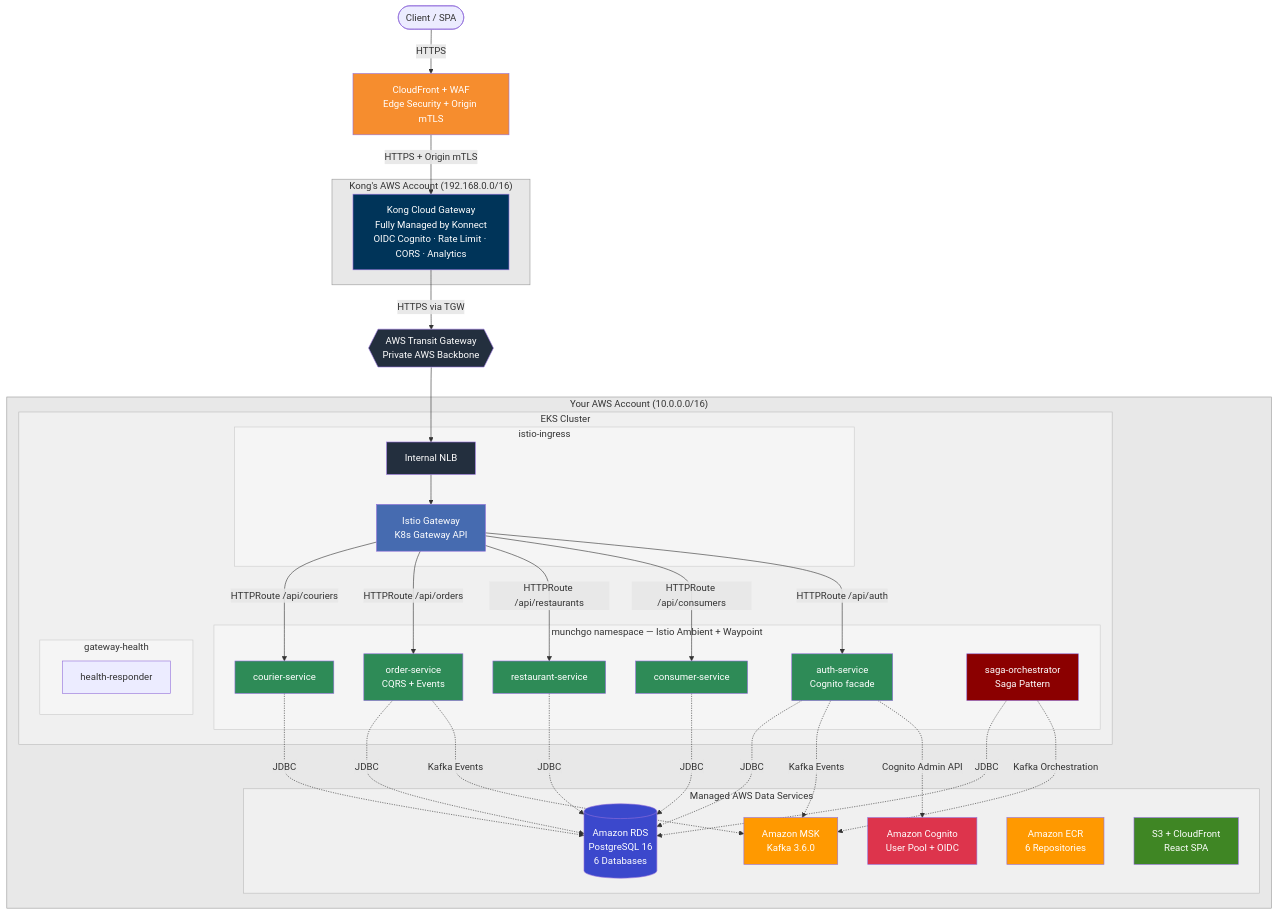
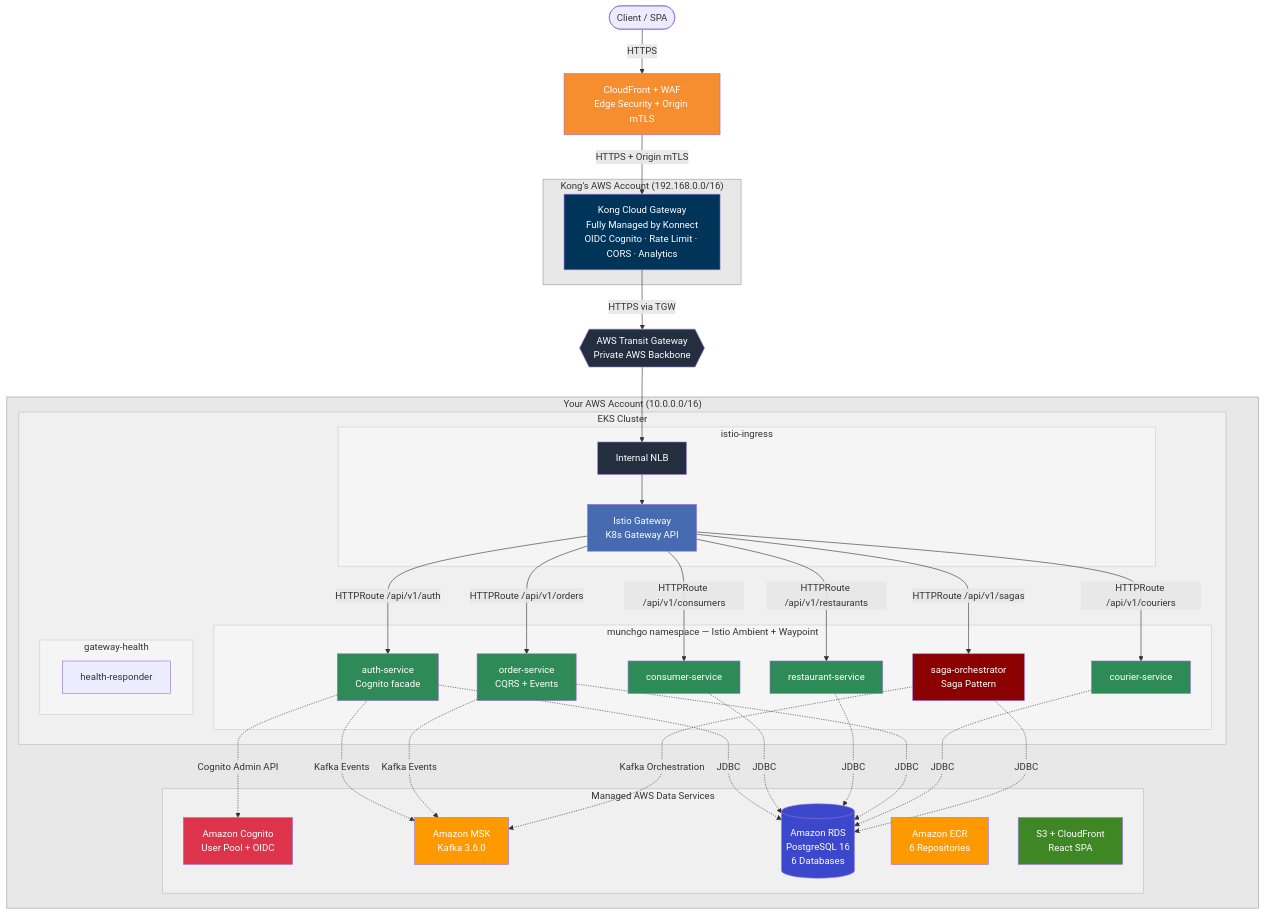
The first of 20 diagrams in README.md (shanaka-versent/munchgo-aws-iac), drawn with Mermaid before and after one commit. The commit also changed other lines of this file, not shown here.

First line of the commit message:
Update README — fix API paths, add sagas route, reflect automation

```diff
--- a/README.md
+++ b/README.md
@@ -80,11 +80,12 @@
     Kong -->|HTTPS via TGW| TGW
     TGW --> NLB
     NLB --> IGW
-    IGW -->|HTTPRoute /api/auth| AUTH
-    IGW -->|HTTPRoute /api/consumers| CONSUMER
-    IGW -->|HTTPRoute /api/restaurants| RESTAURANT
-    IGW -->|HTTPRoute /api/orders| ORDER
-    IGW -->|HTTPRoute /api/couriers| COURIER
+    IGW -->|HTTPRoute /api/v1/auth| AUTH
+    IGW -->|HTTPRoute /api/v1/consumers| CONSUMER
+    IGW -->|HTTPRoute /api/v1/restaurants| RESTAURANT
+    IGW -->|HTTPRoute /api/v1/orders| ORDER
+    IGW -->|HTTPRoute /api/v1/couriers| COURIER
+    IGW -->|HTTPRoute /api/v1/sagas| SAGA
 
     AUTH -.->|Cognito Admin API| COGNITO
     AUTH -.->|Kafka Events| MSK
```
